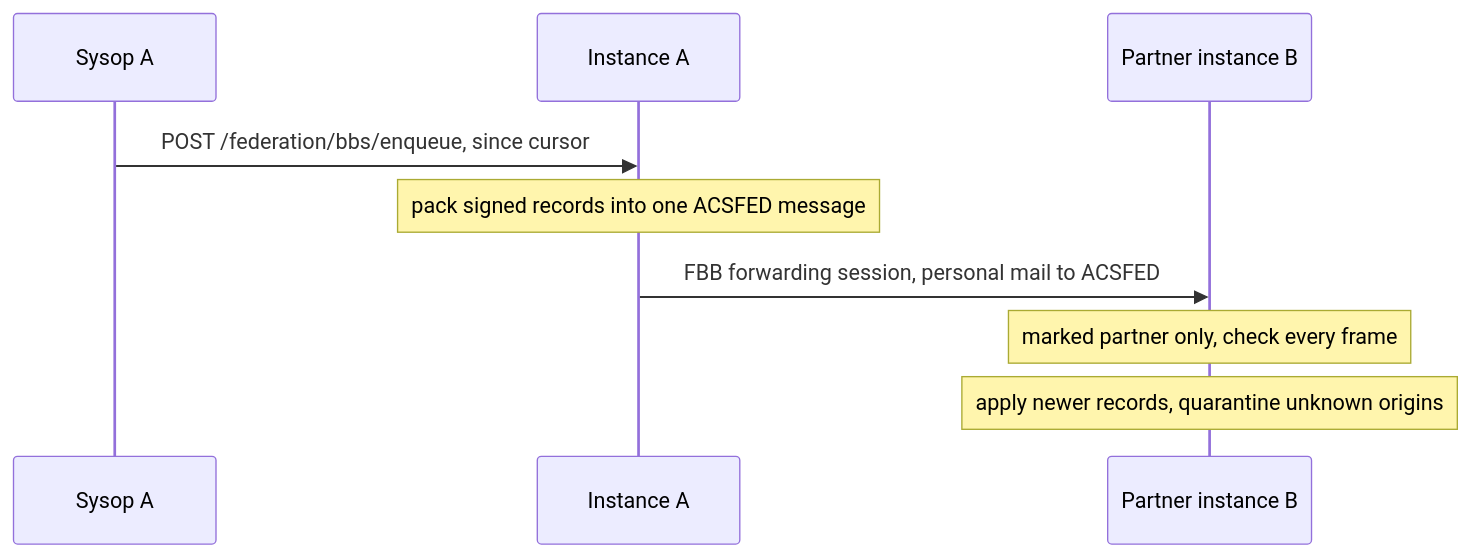
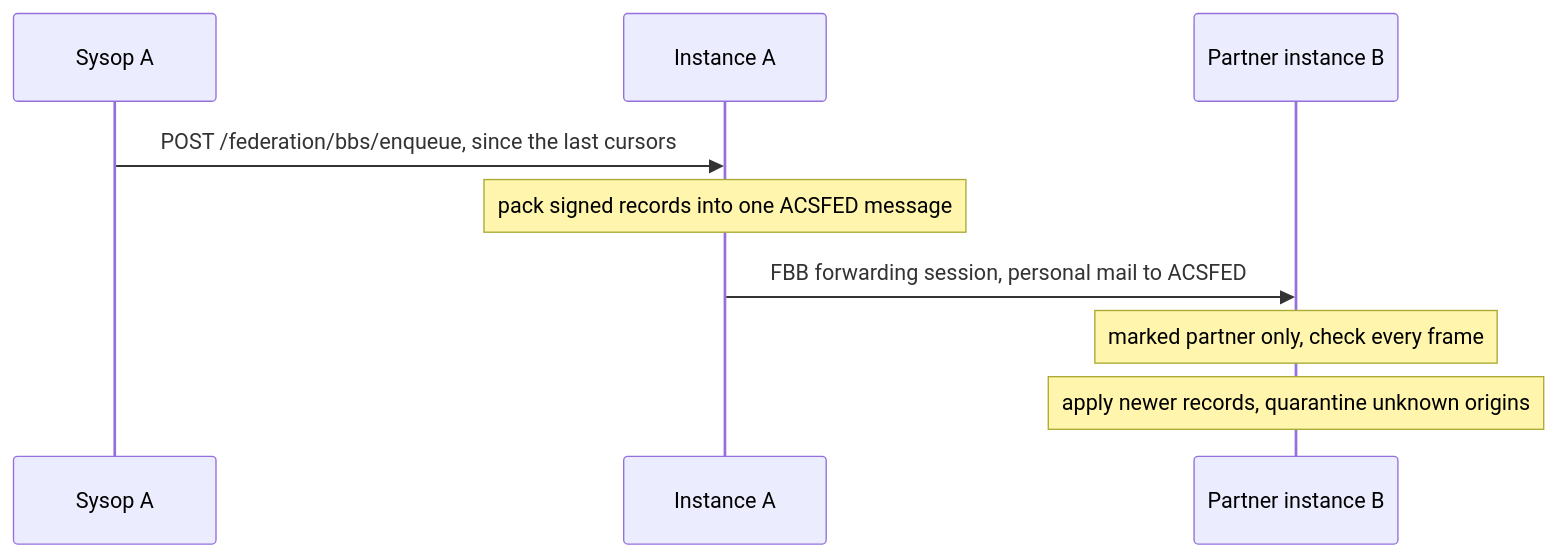
The seventh of 7 diagrams in docs/run/federation/transports.md (apachler/aprscaching), drawn with Mermaid before and after one commit. The commit also changed other lines of this file and 71 other files, not shown here.

````diff
--- a/docs/run/federation/transports.md
+++ b/docs/run/federation/transports.md
@@ -375,11 +376,11 @@
 ```mermaid
 sequenceDiagram
   participant SA as Sysop A
   participant A as Instance A
   participant B as Partner instance B
-  SA->>A: POST /federation/bbs/enqueue, since cursor
+  SA->>A: POST /federation/bbs/enqueue, since the last cursors
   Note over A: pack signed records into one ACSFED message
   A->>B: FBB forwarding session, personal mail to ACSFED
   Note over B: marked partner only, check every frame
   Note over B: apply newer records, quarantine unknown origins
 ```
````
